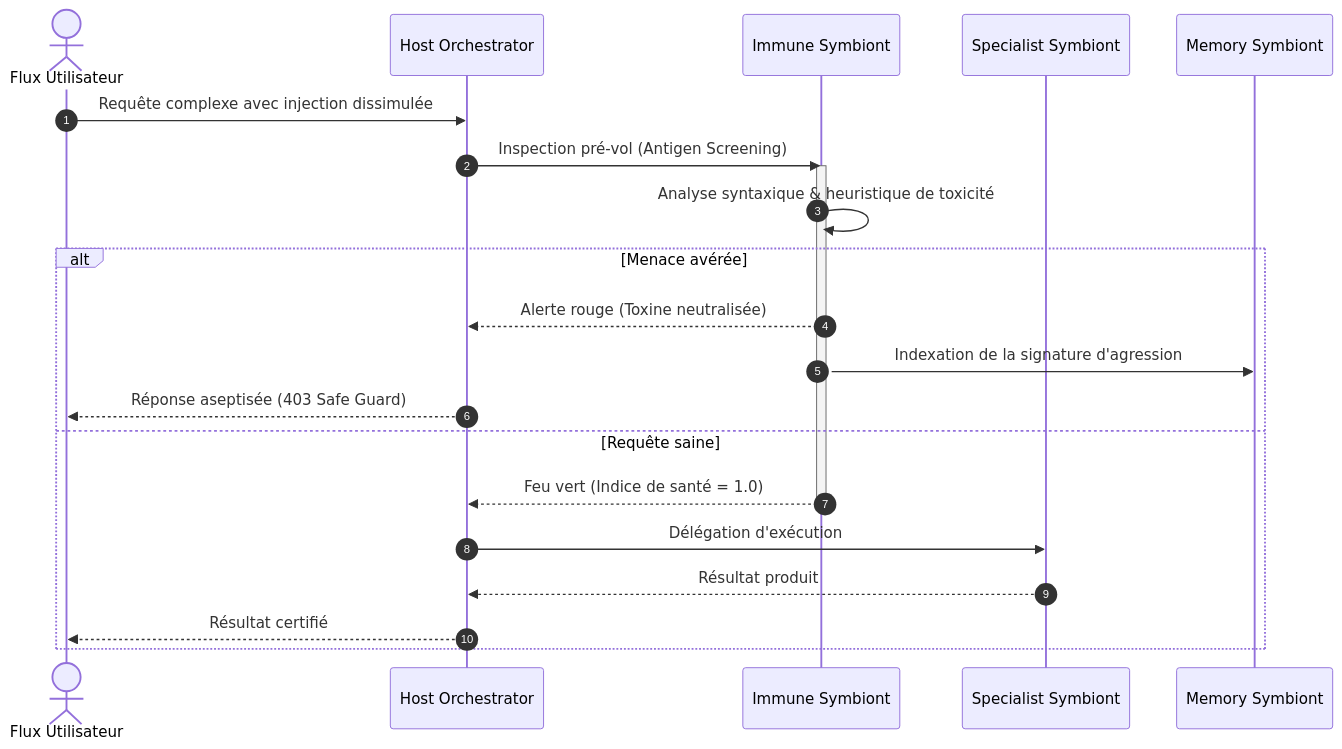
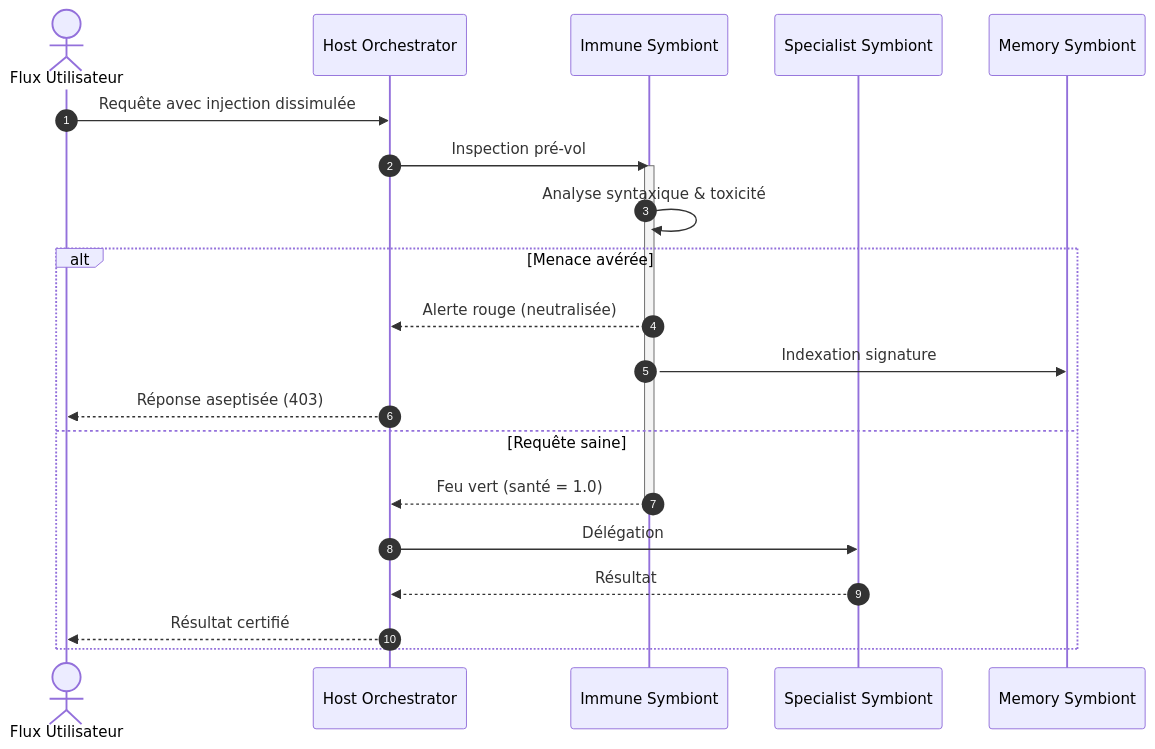
The third of 5 diagrams in docs/02-orchestration/topologies/holobionte.md (PISSARAW/GenOS), drawn with Mermaid before and after one commit. The commit also changed other lines of this file and 1 other file, not shown here.

First line of the commit message:
[DOC] Refonte complète des docs Rhizome et Holobionte au standard Syncytium — modèles mathématiques, cas d'usage, anti-usage, Mermaid

````diff
--- a/docs/02-orchestration/topologies/holobionte.md
+++ b/docs/02-orchestration/topologies/holobionte.md
@@ -1018,25 +942,25 @@
 ```mermaid
 sequenceDiagram
     autonumber
     actor Input as Flux Utilisateur
     participant Host as Host Orchestrator
     participant Immune as Immune Symbiont
     participant Specialist as Specialist Symbiont
     participant Memory as Memory Symbiont
 
-    Input->>Host: Requête complexe avec injection dissimulée
-    Host->>Immune: Inspection pré-vol (Antigen Screening)
+    Input->>Host: Requête avec injection dissimulée
+    Host->>Immune: Inspection pré-vol
     activate Immune
-    Immune->>Immune: Analyse syntaxique & heuristique de toxicité
+    Immune->>Immune: Analyse syntaxique & toxicité
     alt Menace avérée
-        Immune-->>Host: Alerte rouge (Toxine neutralisée)
-        Immune->>Memory: Indexation de la signature d'agression
-        Host-->>Input: Réponse aseptisée (403 Safe Guard)
+        Immune-->>Host: Alerte rouge (neutralisée)
+        Immune->>Memory: Indexation signature
+        Host-->>Input: Réponse aseptisée (403)
     else Requête saine
-        Immune-->>Host: Feu vert (Indice de santé = 1.0)
+        Immune-->>Host: Feu vert (santé = 1.0)
         deactivate Immune
-        Host->>Specialist: Délégation d'exécution
-        Specialist-->>Host: Résultat produit
+        Host->>Specialist: Délégation
+        Specialist-->>Host: Résultat
         Host-->>Input: Résultat certifié
     end
 ```
````
